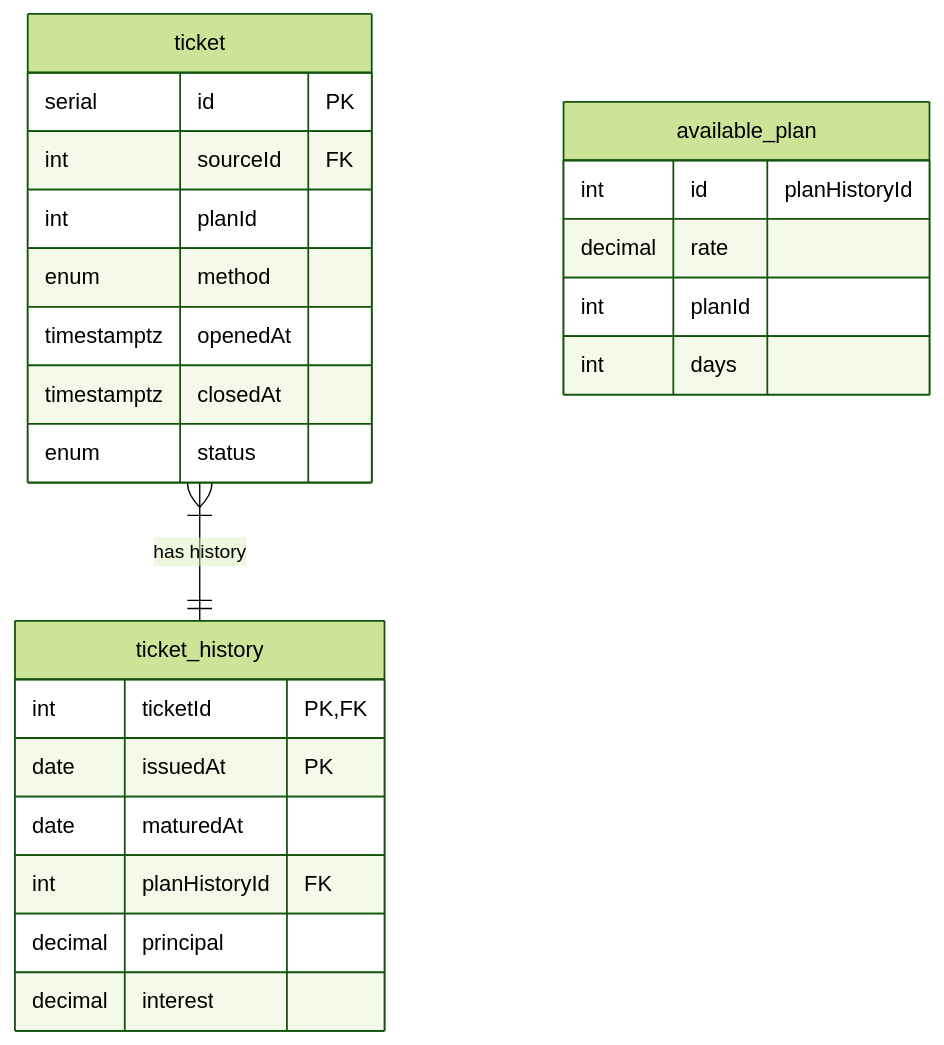
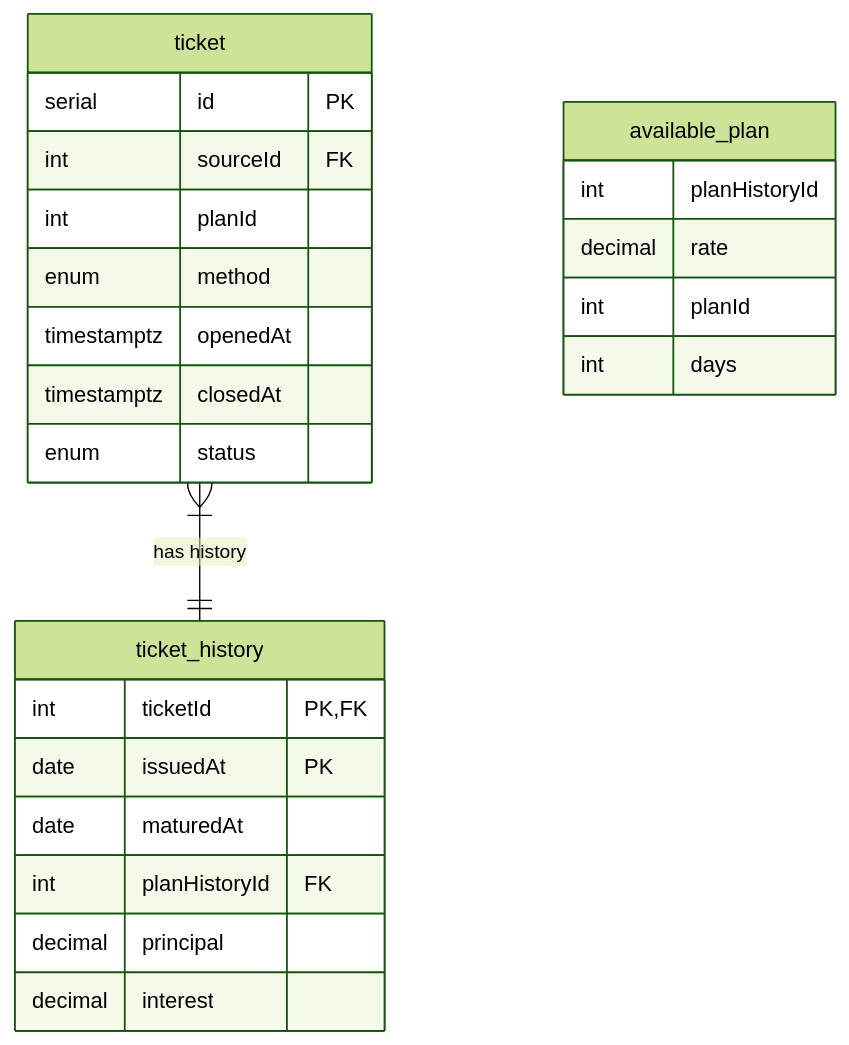
The first of 4 diagrams in docs/diagrams/database/ticket-creation.md (coinhub-uit/coinhub-uit.github.io), drawn with Mermaid (forest theme) before and after one commit. The commit also changed 1 other file, not shown here.

Commit message:
chore(database): rename available_plan[planHistoryId]

````diff
--- a/docs/diagrams/database/ticket-creation.md
+++ b/docs/diagrams/database/ticket-creation.md
@@ -11,30 +11,30 @@
 ```mermaid
 erDiagram
   ticket {
     serial id PK
     int sourceId FK
     int planId
     enum method
     timestamptz openedAt
     timestamptz closedAt
     enum status
   }
 
   ticket_history {
     int ticketId PK,FK
     date issuedAt PK
     date maturedAt
     int planHistoryId FK
     decimal principal
     decimal interest
   }
 
   available_plan {
-    int id "planHistoryId"
+    int planHistoryId
     decimal rate
     int planId
     int days
   }
 
   ticket }|--|| ticket_history : "has history"
 ```
````
